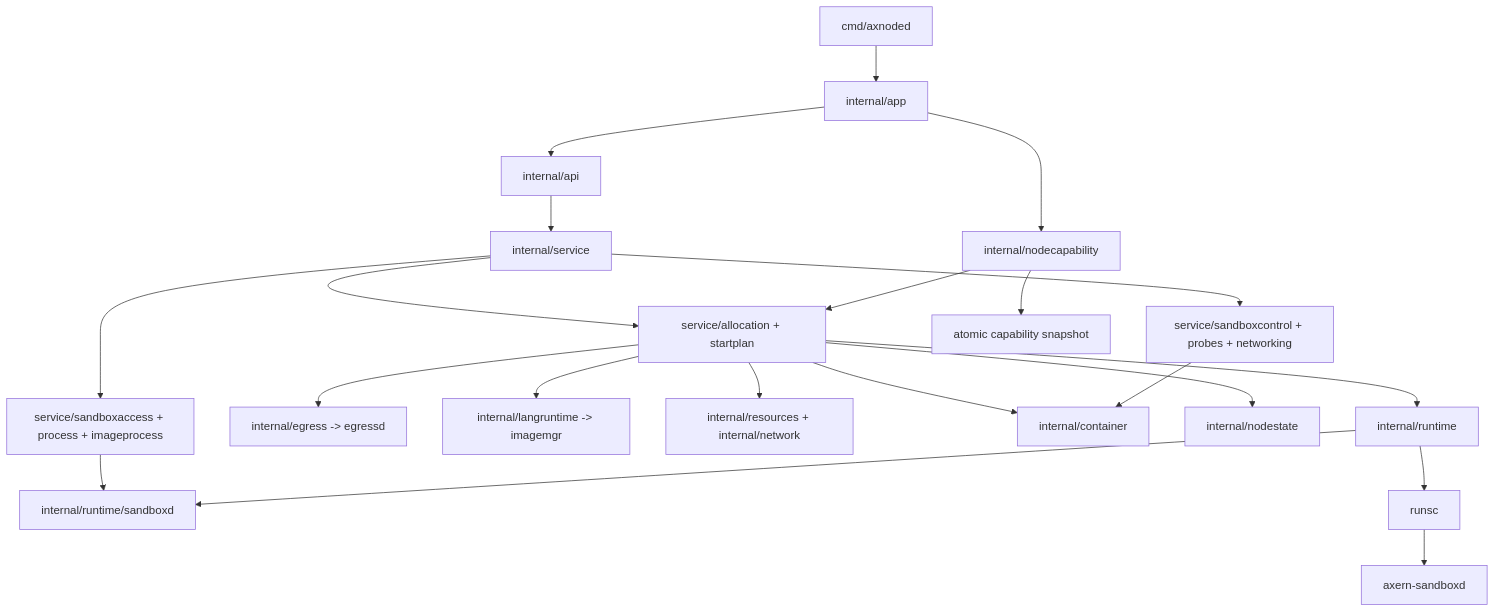
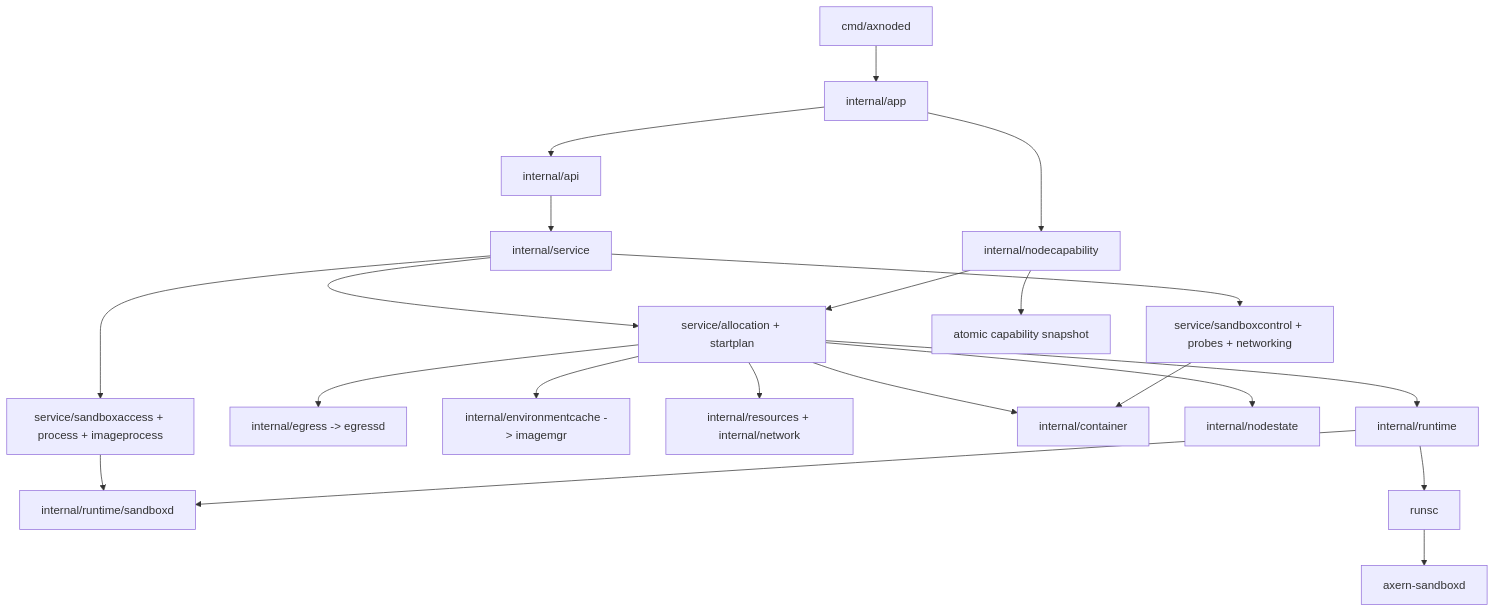
Before and after one commit to cofy-x/axern: the first of 3 diagrams in runtime/axnoded/docs/architecture.md, drawn with Mermaid. The commit also changed other lines of this file and 424 other files, not shown here.

````diff
--- a/runtime/axnoded/docs/architecture.md
+++ b/runtime/axnoded/docs/architecture.md
@@ -7,26 +7,26 @@
 ```mermaid
 flowchart TB
     Entry["cmd/axnoded"] --> App["internal/app"]
     App --> API["internal/api"]
     App --> Capability["internal/nodecapability"]
     API --> Service["internal/service"]
 
     Service --> Allocation["service/allocation + startplan"]
     Service --> Access["service/sandboxaccess + process + imageprocess"]
     Service --> Control["service/sandboxcontrol + probes + networking"]
 
     Allocation --> Egress["internal/egress -> egressd"]
-    Allocation --> LangRuntime["internal/langruntime -> imagemgr"]
+    Allocation --> EnvironmentCache["internal/environmentcache -> imagemgr"]
     Allocation --> Resources["internal/resources + internal/network"]
     Allocation --> Container["internal/container"]
     Allocation --> NodeState["internal/nodestate"]
     Allocation --> Runtime["internal/runtime"]
     Capability --> Inventory["atomic capability snapshot"]
     Capability --> Allocation
 
     Access --> RuntimeClient["internal/runtime/sandboxd"]
     Control --> Container
     Runtime --> OCI["runsc"]
     Runtime --> RuntimeClient
     OCI --> Sandboxd["axern-sandboxd"]
 ```
````
